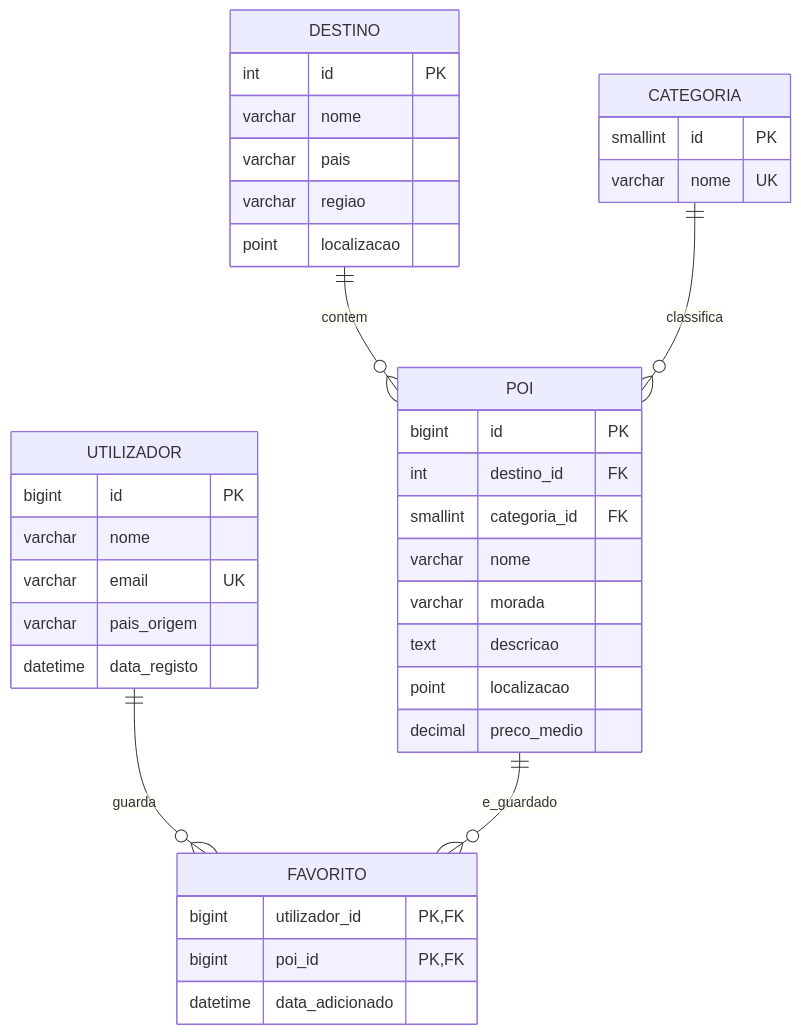
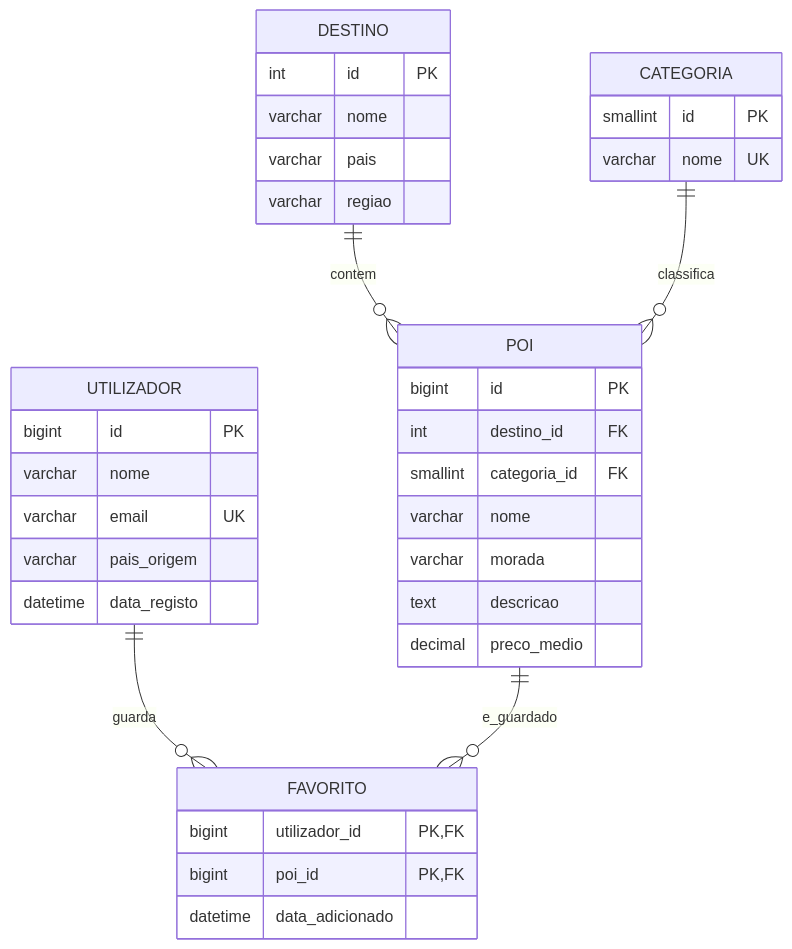
The diagram in docs/parte1/mysql_er.md (1231478-Ellah-Fleischmann/Class-M1A_Group-10-TABDD), drawn with Mermaid before and after one commit. The commit also changed other lines of this file and 5 other files, not shown here.

````diff
--- a/docs/parte1/mysql_er.md
+++ b/docs/parte1/mysql_er.md
@@ -3,41 +3,39 @@
 ```mermaid
 erDiagram
   DESTINO    ||--o{ POI       : contem
   CATEGORIA  ||--o{ POI       : classifica
   UTILIZADOR ||--o{ FAVORITO  : guarda
   POI        ||--o{ FAVORITO  : e_guardado
 
   UTILIZADOR {
     bigint id PK
     varchar nome
     varchar email UK
     varchar pais_origem
     datetime data_registo
   }
   DESTINO {
     int id PK
     varchar nome
     varchar pais
     varchar regiao
-    point localizacao
   }
   CATEGORIA {
     smallint id PK
     varchar nome UK
   }
   POI {
     bigint id PK
     int destino_id FK
     smallint categoria_id FK
     varchar nome
     varchar morada
     text descricao
-    point localizacao
     decimal preco_medio
   }
   FAVORITO {
     bigint utilizador_id PK, FK
     bigint poi_id PK, FK
     datetime data_adicionado
   }
 ```
````
